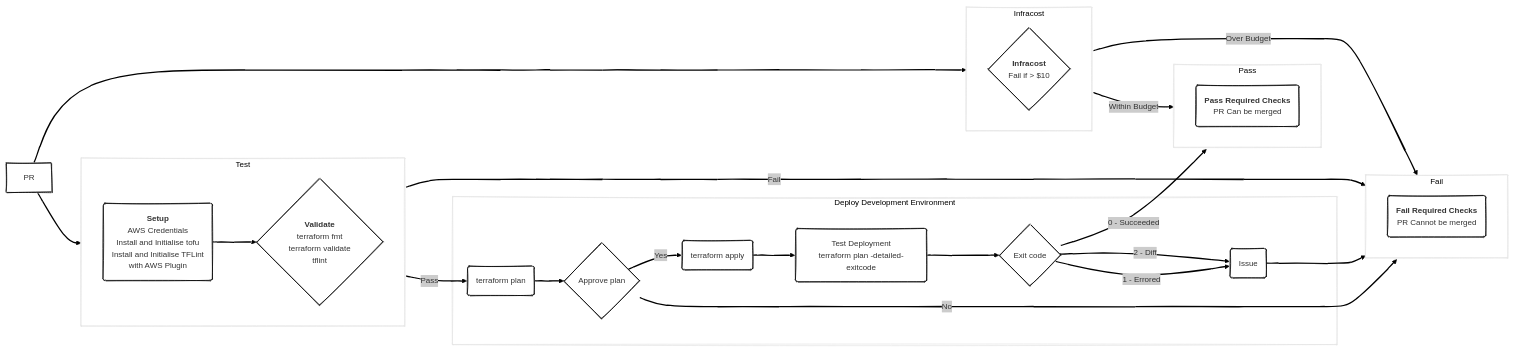
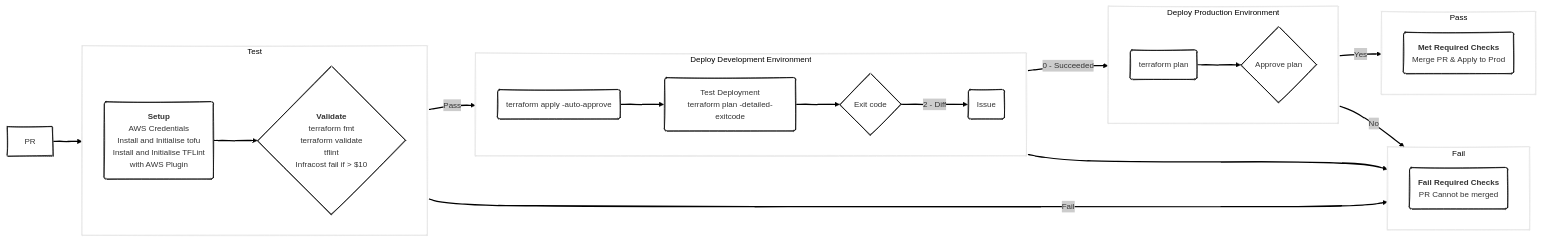
The second of 2 diagrams in .github/README.md (rdhar/gitops-2024), drawn with Mermaid before and after one commit. The commit also changed other lines of this file and 2 other files, not shown here.

Commit message:
ci: Add `merge_group` trigger to applicable workflows (#14)

````diff
--- a/.github/README.md
+++ b/.github/README.md
@@ -33,50 +107,47 @@
 ```mermaid
 ---
 config:
   look: handDrawn
   theme: neo
 ---
 flowchart LR
   subgraph Fail
     direction LR
     F("`**Fail Required Checks**
     PR Cannot be merged`")
   end
   subgraph Pass
     direction LR
-    P("`**Pass Required Checks**
-    PR Can be merged`")
-  end
-  subgraph Infracost
-    direction LR
-    ic{"`**Infracost**
-    Fail if > $10`"}
+    P("`**Met Required Checks**
+    Merge PR & Apply to Prod`")
   end
   subgraph Test
     direction LR
     setup("`**Setup**
     AWS Credentials
     Install and Initialise tofu
     Install and Initialise TFLint
     with AWS Plugin`") -->
     validate{"`**Validate**
     terraform fmt
     terraform validate
-    tflint`"} -->|Fail|F
+    tflint
+    Infracost fail if > $10`"} -->|Fail|F
   end
-  subgraph Deploy [Deploy Development Environment]
-    plan(terraform plan) -->
-    approve{Approve plan} -->|Yes|Y(terraform apply)-->test
-    approve -->|No|F
+  subgraph Development [Deploy Development Environment]
+    direction LR
+    dapply(terraform apply -auto-approve)-->test
     test("`Test Deployment
-    terraform plan -detailed-exitcode`") -->E{Exit code} -->|0 - Succeeded|P
-    E -->|1 - Errored|I(Issue)
-    E -->|2 - Diff|I(Issue)
+    terraform plan -detailed-exitcode`") -->E{Exit code} -->|2 - Diff|I(Issue)
     I -->F
   end
-  PR --> ic
+  subgraph Production [Deploy Production Environment]
+    direction LR
+    pplan(terraform plan) -->approve{Approve plan}
+  end
   PR --> Test
-  validate -->|Pass|plan
-  ic -->|Over Budget|F
-  ic -->|Within Budget|P
+  validate -->|Pass|dapply
+  E{Exit code} -->|0 - Succeeded|pplan
+  approve{Approve plan} -->|No|F
+  approve{Approve plan} -->|Yes|P
 ```
````
